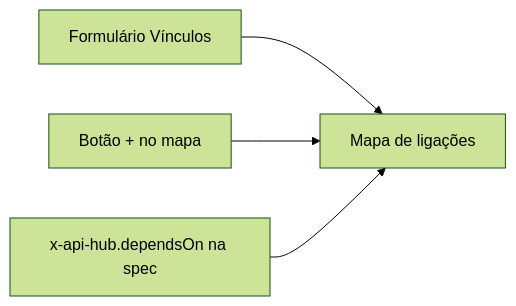
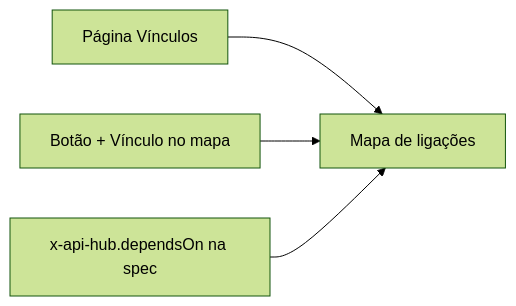
Before and after one commit to wendersonbelko/rizoma: the diagram in docs/receitas/mapear-dependencias.md, drawn with Mermaid (forest theme). The commit also changed other lines of this file and 66 other files, not shown here.

````diff
--- a/docs/receitas/mapear-dependencias.md
+++ b/docs/receitas/mapear-dependencias.md
@@ -9,6 +9,6 @@
 ```mermaid
 flowchart LR
-  F["Formulário Vínculos"] --> M["Mapa de ligações"]
-  P["Botão + no mapa"] --> M
+  F["Página Vínculos"] --> M["Mapa de ligações"]
+  P["Botão + Vínculo no mapa"] --> M
   S["x-api-hub.dependsOn na spec"] --> M
 ```
````
